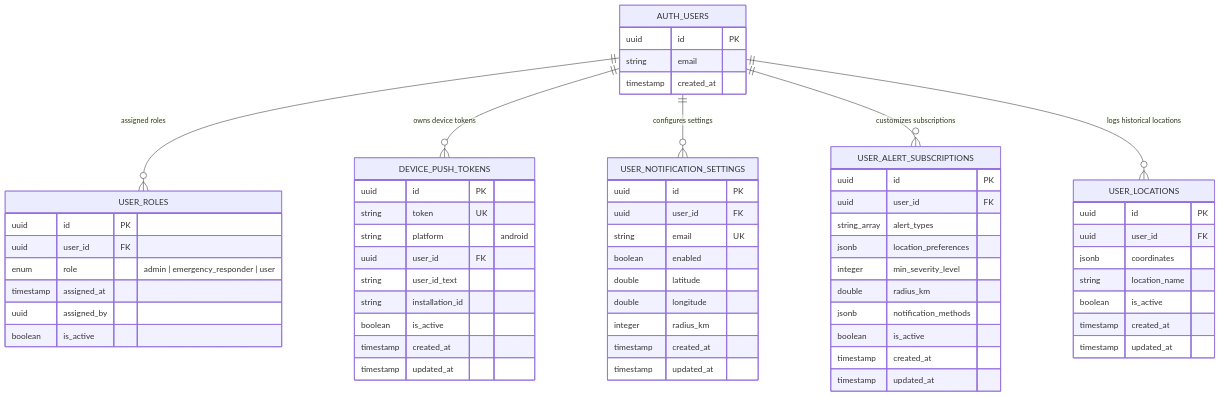
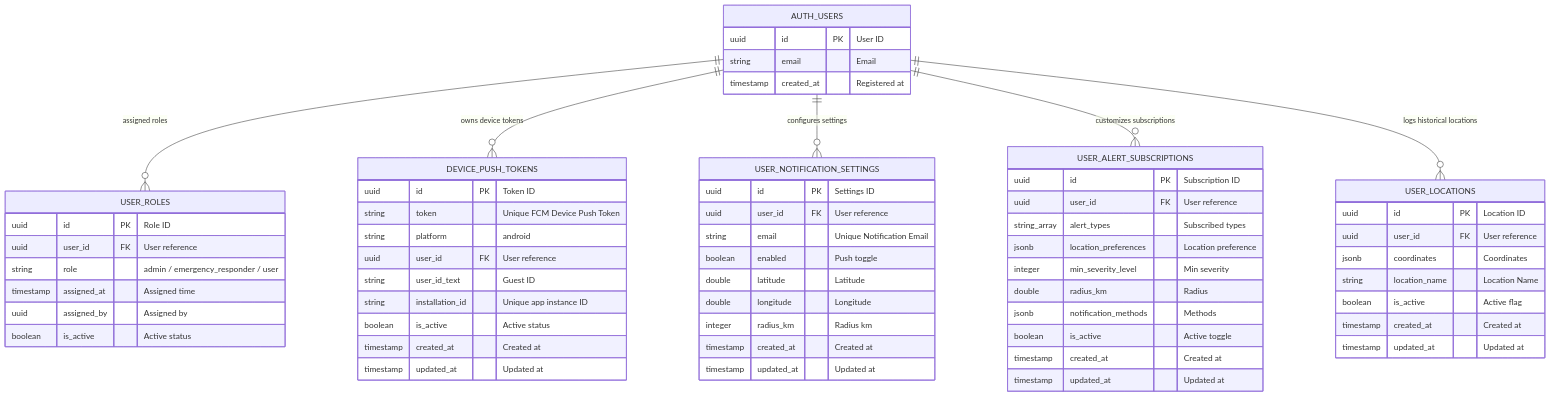
The fifth of 8 diagrams in IoT_Station/DATABASE_ER_DIAGRAM.md (kchayta32/d-mind-mobile-app), drawn with Mermaid before and after one commit. The commit also changed other lines of this file and 1 other file, not shown here.

Commit message:
docs: optimize Mermaid ER diagrams for GitHub markdown rendering

````diff
--- a/IoT_Station/DATABASE_ER_DIAGRAM.md
+++ b/IoT_Station/DATABASE_ER_DIAGRAM.md
@@ -648,70 +651,70 @@
 ```mermaid
 erDiagram
     AUTH_USERS {
-        uuid id PK
-        string email
-        timestamp created_at
+        uuid id PK "User ID"
+        string email "Email"
+        timestamp created_at "Registered at"
     }
 
     USER_ROLES {
-        uuid id PK
-        uuid user_id FK
-        enum role "admin | emergency_responder | user"
-        timestamp assigned_at
-        uuid assigned_by
-        boolean is_active
+        uuid id PK "Role ID"
+        uuid user_id FK "User reference"
+        string role "admin / emergency_responder / user"
+        timestamp assigned_at "Assigned time"
+        uuid assigned_by "Assigned by"
+        boolean is_active "Active status"
     }
 
     DEVICE_PUSH_TOKENS {
-        uuid id PK
-        string token UK
+        uuid id PK "Token ID"
+        string token "Unique FCM Device Push Token"
         string platform "android"
-        uuid user_id FK
-        string user_id_text
-        string installation_id
-        boolean is_active
-        timestamp created_at
-        timestamp updated_at
+        uuid user_id FK "User reference"
+        string user_id_text "Guest ID"
+        string installation_id "Unique app instance ID"
+        boolean is_active "Active status"
+        timestamp created_at "Created at"
+        timestamp updated_at "Updated at"
     }
 
     USER_NOTIFICATION_SETTINGS {
-        uuid id PK
-        uuid user_id FK
-        string email UK
-        boolean enabled
-        double latitude
-        double longitude
-        integer radius_km
-        timestamp created_at
-        timestamp updated_at
+        uuid id PK "Settings ID"
+        uuid user_id FK "User reference"
+        string email "Unique Notification Email"
+        boolean enabled "Push toggle"
+        double latitude "Latitude"
+        double longitude "Longitude"
+        integer radius_km "Radius km"
+        timestamp created_at "Created at"
+        timestamp updated_at "Updated at"
     }
 
     USER_ALERT_SUBSCRIPTIONS {
-        uuid id PK
-        uuid user_id FK
-        string_array alert_types
-        jsonb location_preferences
-        integer min_severity_level
-        double radius_km
-        jsonb notification_methods
-        boolean is_active
-        timestamp created_at
-        timestamp updated_at
+        uuid id PK "Subscription ID"
+        uuid user_id FK "User reference"
+        string_array alert_types "Subscribed types"
+        jsonb location_preferences "Location preference"
+        integer min_severity_level "Min severity"
+        double radius_km "Radius"
+        jsonb notification_methods "Methods"
+        boolean is_active "Active toggle"
+        timestamp created_at "Created at"
+        timestamp updated_at "Updated at"
     }
 
     USER_LOCATIONS {
-        uuid id PK
-        uuid user_id FK
-        jsonb coordinates
-        string location_name
-        boolean is_active
-        timestamp created_at
-        timestamp updated_at
+        uuid id PK "Location ID"
+        uuid user_id FK "User reference"
+        jsonb coordinates "Coordinates"
+        string location_name "Location Name"
+        boolean is_active "Active flag"
+        timestamp created_at "Created at"
+        timestamp updated_at "Updated at"
     }
 
     AUTH_USERS ||--o{ USER_ROLES : "assigned roles"
     AUTH_USERS ||--o{ DEVICE_PUSH_TOKENS : "owns device tokens"
     AUTH_USERS ||--o{ USER_NOTIFICATION_SETTINGS : "configures settings"
     AUTH_USERS ||--o{ USER_ALERT_SUBSCRIPTIONS : "customizes subscriptions"
     AUTH_USERS ||--o{ USER_LOCATIONS : "logs historical locations"
 ```
````
